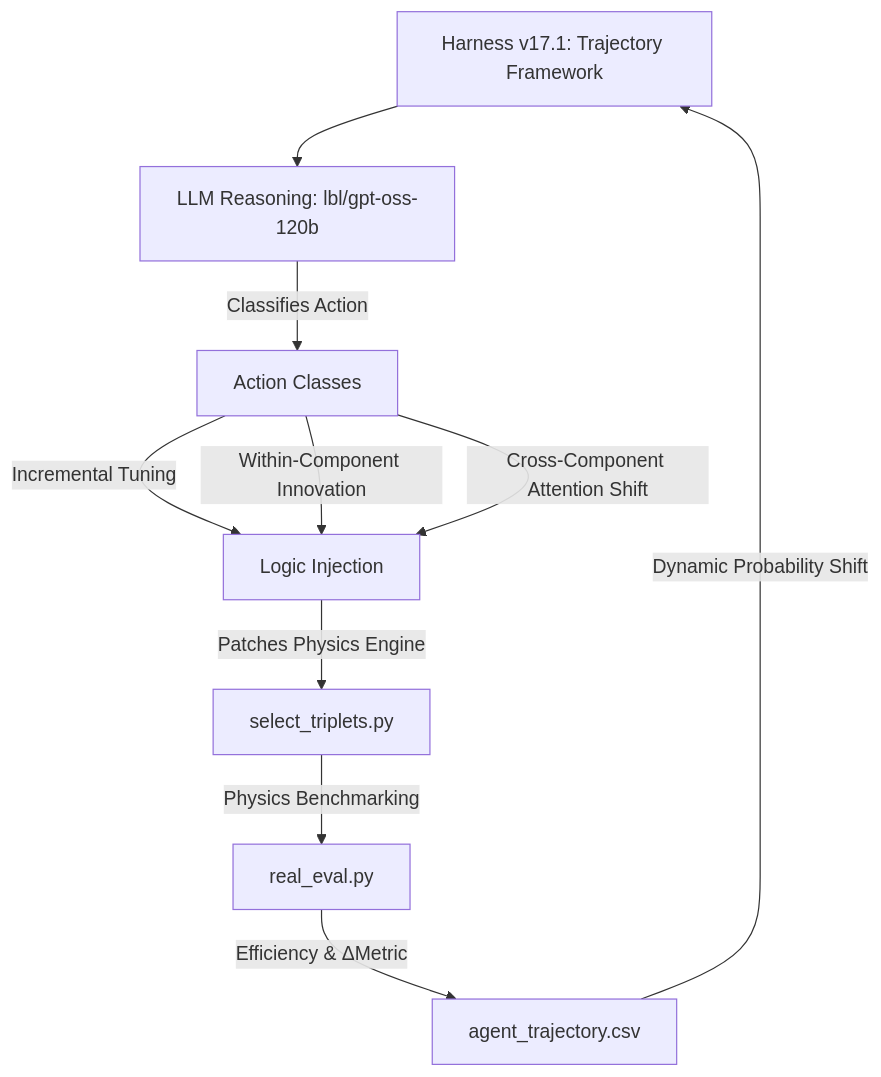
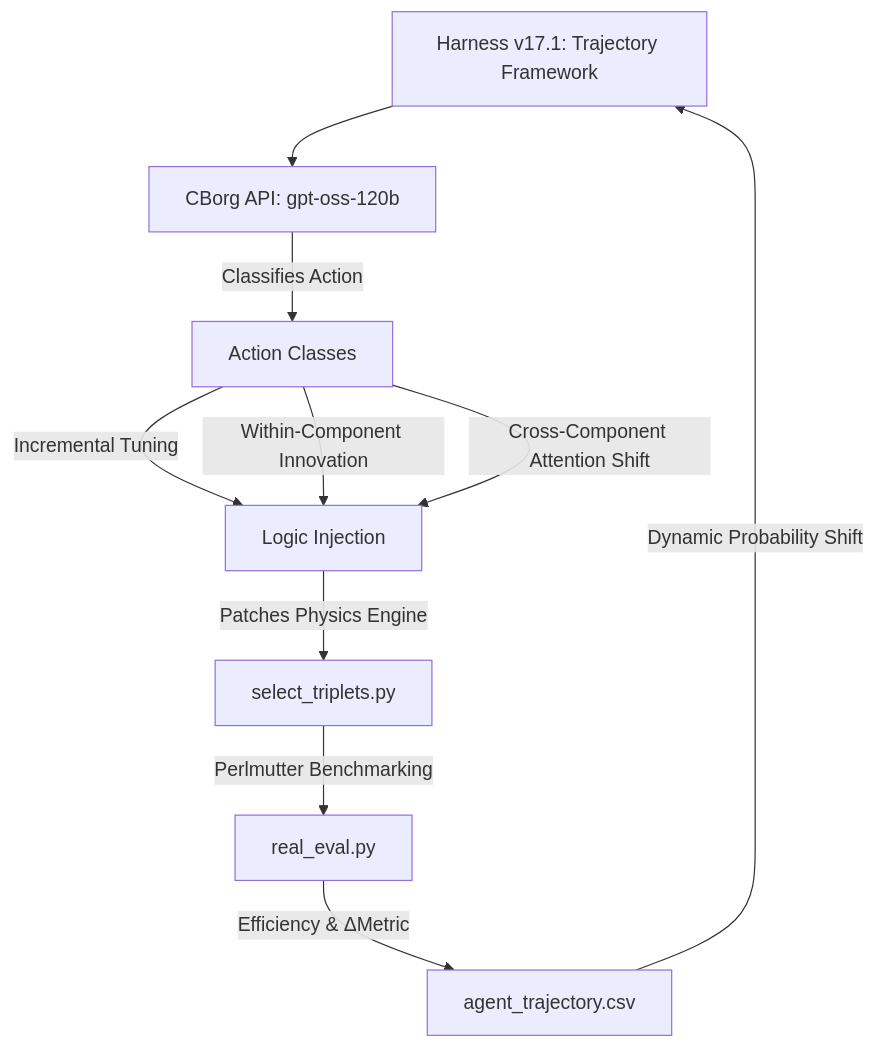
The diagram in README.md (yellowchicken280/codex_topreconstruction), drawn with Mermaid before and after one commit. The commit also changed other lines of this file, not shown here.

Commit message:
docs: Correct compute credits (CBorg/Perlmutter) and reframe discovery timeline as an Efficiency Frontier.

````diff
--- a/README.md
+++ b/README.md
@@ -11,12 +11,12 @@
 ```mermaid
 graph TD
-    A[Harness v17.1: Trajectory Framework] --> B[LLM Reasoning: lbl/gpt-oss-120b]
+    A[Harness v17.1: Trajectory Framework] --> B[CBorg API: gpt-oss-120b]
     B -->|Classifies Action| C[Action Classes]
     C -->|Incremental Tuning| D[Logic Injection]
     C -->|Within-Component Innovation| D
     C -->|Cross-Component Attention Shift| D
     D -->|Patches Physics Engine| E[select_triplets.py]
-    E -->|Physics Benchmarking| F[real_eval.py]
+    E -->|Perlmutter Benchmarking| F[real_eval.py]
     F -->|Efficiency & ΔMetric| G[agent_trajectory.csv]
     G -->|Dynamic Probability Shift| A
 ```
````
